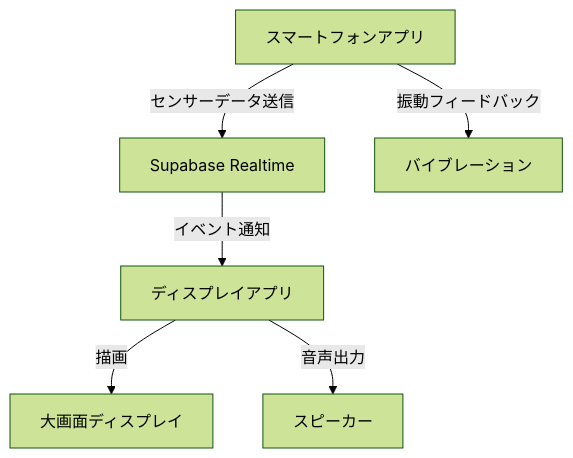
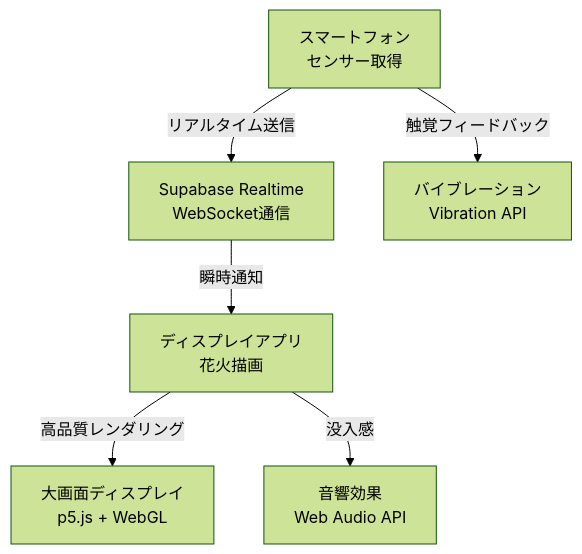
One commit to 4geru/ai-hachathon-2025-07-12 changed the diagram in docs/11-marp-presentation.md. Above: the diagram before and after it, drawn with Mermaid (forest theme). The commit also changed other lines of this file and 6 other files, not shown here.

````diff
--- a/docs/11-marp-presentation.md
+++ b/docs/11-marp-presentation.md
@@ -62,8 +74,8 @@
 ```mermaid
 graph TD
-    A[スマートフォンアプリ] -->|センサーデータ送信| B[Supabase Realtime]
-    B -->|イベント通知| C[ディスプレイアプリ]
-    C -->|描画| D[大画面ディスプレイ]
-    C -->|音声出力| E[スピーカー]
-    A -->|振動フィードバック| F[バイブレーション]
+    A[スマートフォン<br/>センサー取得] -->|リアルタイム送信| B[Supabase Realtime<br/>WebSocket通信]
+    B -->|瞬時通知| C[ディスプレイアプリ<br/>花火描画]
+    C -->|高品質レンダリング| D[大画面ディスプレイ<br/>p5.js + WebGL]
+    A -->|触覚フィードバック| E[バイブレーション<br/>Vibration API]
+    C -->|没入感| F[音響効果<br/>Web Audio API]
 ```
````
